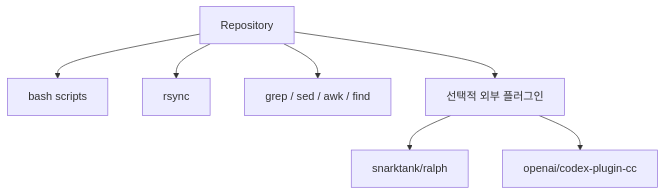
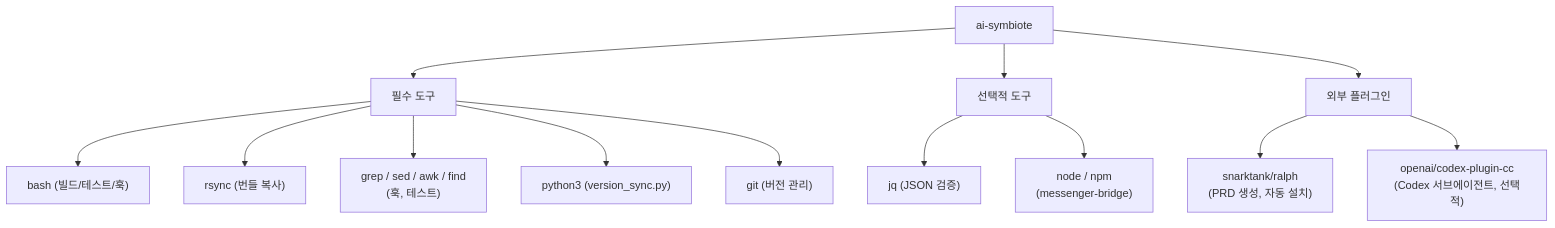
Before and after one commit to Jimmy-Jung/ai-symbiote: the first of 3 diagrams in docs/DEPENDENCIES.md, drawn with Mermaid. The commit also changed other lines of this file and 5 other files, not shown here.

````diff
--- a/docs/DEPENDENCIES.md
+++ b/docs/DEPENDENCIES.md
@@ -8,9 +8,18 @@
 ```mermaid
 flowchart TD
-    A["Repository"] --> B["bash scripts"]
-    A --> C["rsync"]
-    A --> D["grep / sed / awk / find"]
-    A --> E["선택적 외부 플러그인"]
-    E --> F["snarktank/ralph"]
-    E --> G["openai/codex-plugin-cc"]
+    A["ai-symbiote"] --> B["필수 도구"]
+    A --> C["선택적 도구"]
+    A --> D["외부 플러그인"]
+
+    B --> B1["bash (빌드/테스트/훅)"]
+    B --> B2["rsync (번들 복사)"]
+    B --> B3["grep / sed / awk / find<br/>(훅, 테스트)"]
+    B --> B4["python3 (version_sync.py)"]
+    B --> B5["git (버전 관리)"]
+
+    C --> C1["jq (JSON 검증)"]
+    C --> C2["node / npm<br/>(messenger-bridge)"]
+
+    D --> D1["snarktank/ralph<br/>(PRD 생성, 자동 설치)"]
+    D --> D2["openai/codex-plugin-cc<br/>(Codex 서브에이전트, 선택적)"]
 ```
````
